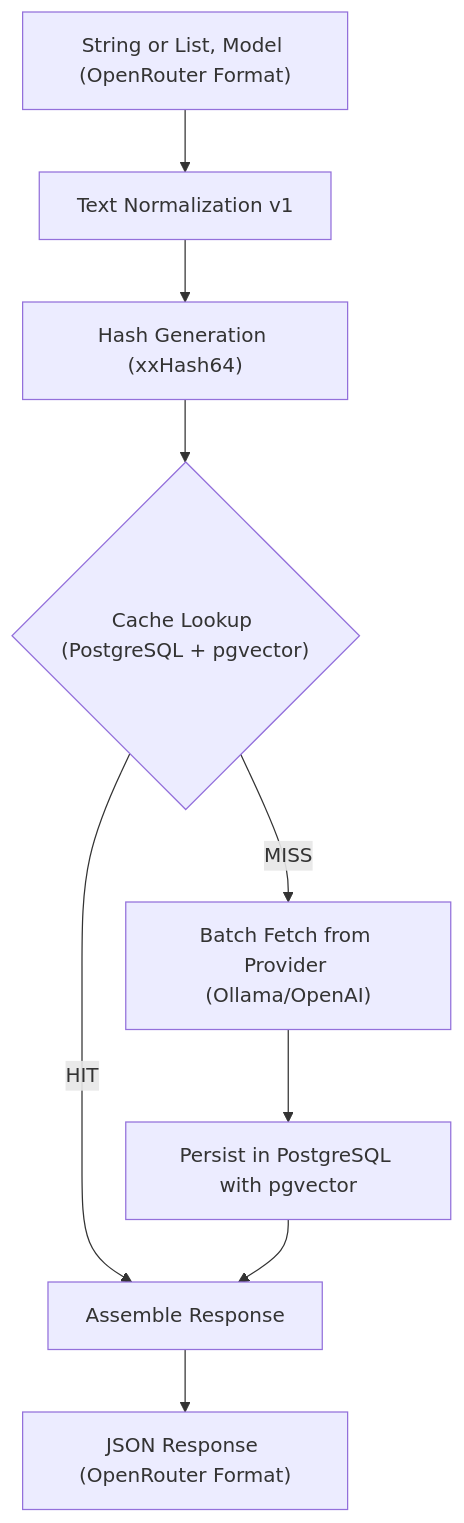
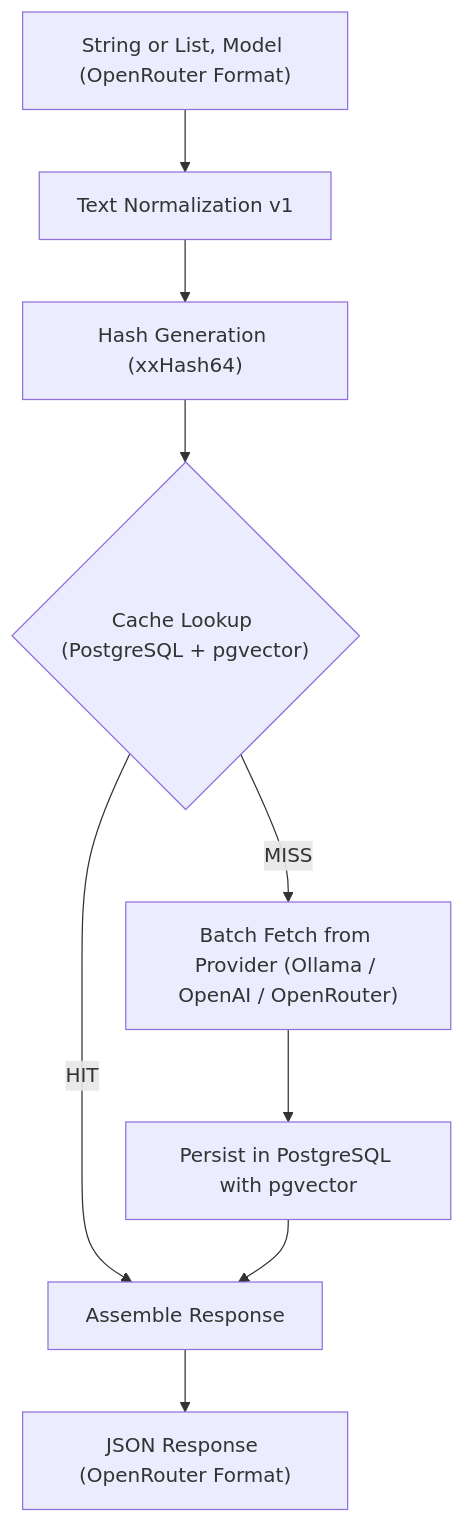
The diagram in README.md (LA-Referencia-IOI/lareferencia-embedding-service), drawn with Mermaid before and after one commit. The commit also changed other lines of this file and 15 other files, not shown here.

````diff
--- a/README.md
+++ b/README.md
@@ -54,13 +54,13 @@
 ```mermaid
 flowchart TD
     A["String or List, Model (OpenRouter Format)"] --> B[Text Normalization v1]
     B --> C["Hash Generation (xxHash64)"]
     C --> D{"Cache Lookup (PostgreSQL + pgvector)"}
 
     D -->|HIT| E[Assemble Response]
-    D -->|MISS| F["Batch Fetch from Provider (Ollama/OpenAI)"]
+    D -->|MISS| F["Batch Fetch from Provider (Ollama / OpenAI / OpenRouter)"]
 
     F --> G[Persist in PostgreSQL with pgvector]
     G --> E
     E --> H["JSON Response (OpenRouter Format)"]
 ```
````
